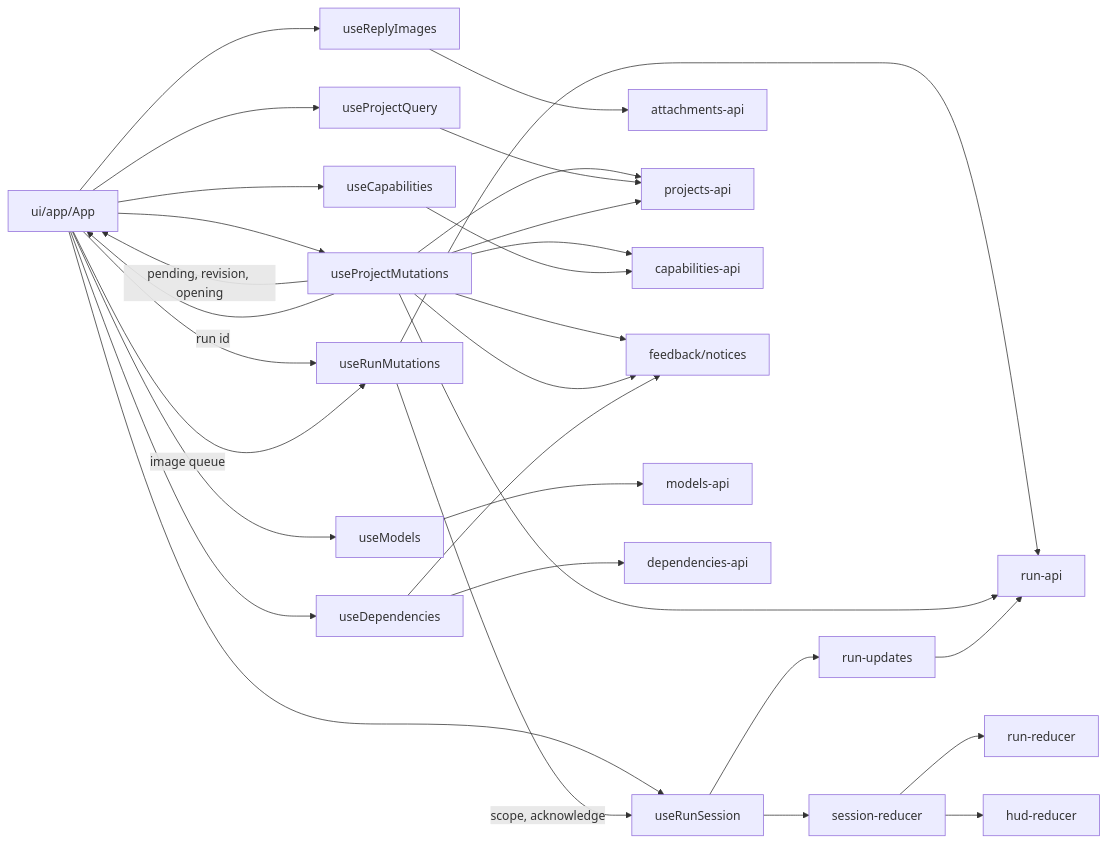
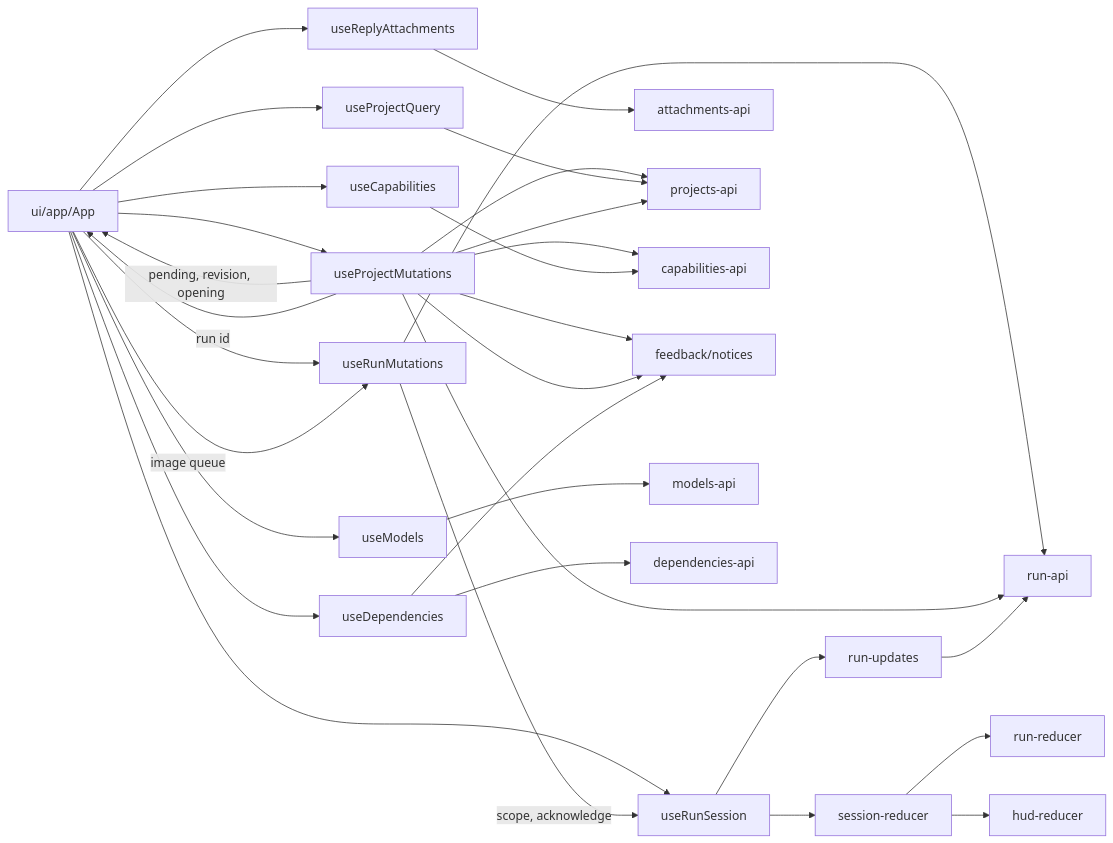
One commit to Tachion-Oy/robozium changed the diagram in desktop/renderer/src/ARCHITECTURE.md. Above: the diagram before and after it, drawn with Mermaid. The commit also changed other lines of this file and 9 other files, not shown here.

First line of the commit message:
Name the reply image queue for attachments

````diff
--- a/desktop/renderer/src/ARCHITECTURE.md
+++ b/desktop/renderer/src/ARCHITECTURE.md
@@ -61,29 +61,29 @@
 ```mermaid
 flowchart LR
   App["ui/app/App"] --> Models["useModels"]
   App --> Query["useProjectQuery"]
   App --> Mutations["useProjectMutations"]
   Mutations -- "pending, revision, opening" --> App
   App --> Capabilities["useCapabilities"]
   App --> Session["useRunSession"]
   App --> RunMutations["useRunMutations"]
   RunMutations -- "scope, acknowledge" --> Session
   RunMutations --> RunApi
-  App --> ReplyImages["useReplyImages"] --> AttachmentsApi["attachments-api"]
+  App --> ReplyAttachments["useReplyAttachments"] --> AttachmentsApi["attachments-api"]
   App -- "image queue" --> RunMutations
   Mutations -- "run id" --> App
   Mutations --> ProjectsApi["projects-api"]
   Mutations --> CapabilitiesApi["capabilities-api"]
   Mutations --> RunApi["run-api"]
   Mutations --> Notices["feedback/notices"]
   Session --> Updates["run-updates"] --> RunApi
   Session --> Reducer["session-reducer"] --> RunReducer["run-reducer"]
   Reducer --> HudReducer["hud-reducer"]
   Query --> ProjectsApi
   Mutations --> ProjectsApi
   Mutations --> Notices
   Capabilities --> CapabilitiesApi
   Models --> ModelsApi["models-api"]
   App --> Dependencies["useDependencies"] --> DependenciesApi["dependencies-api"]
   Dependencies --> Notices
 ```
````
